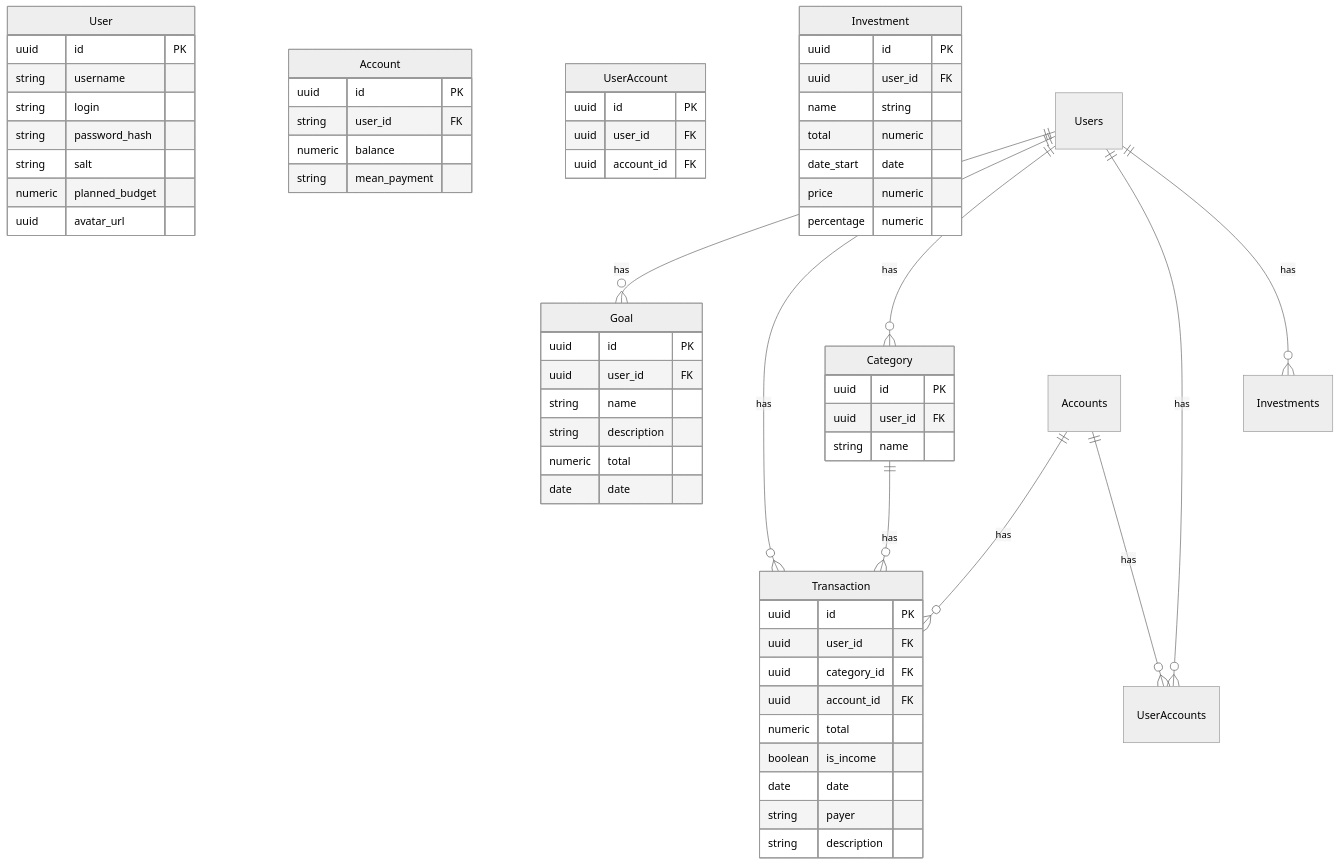
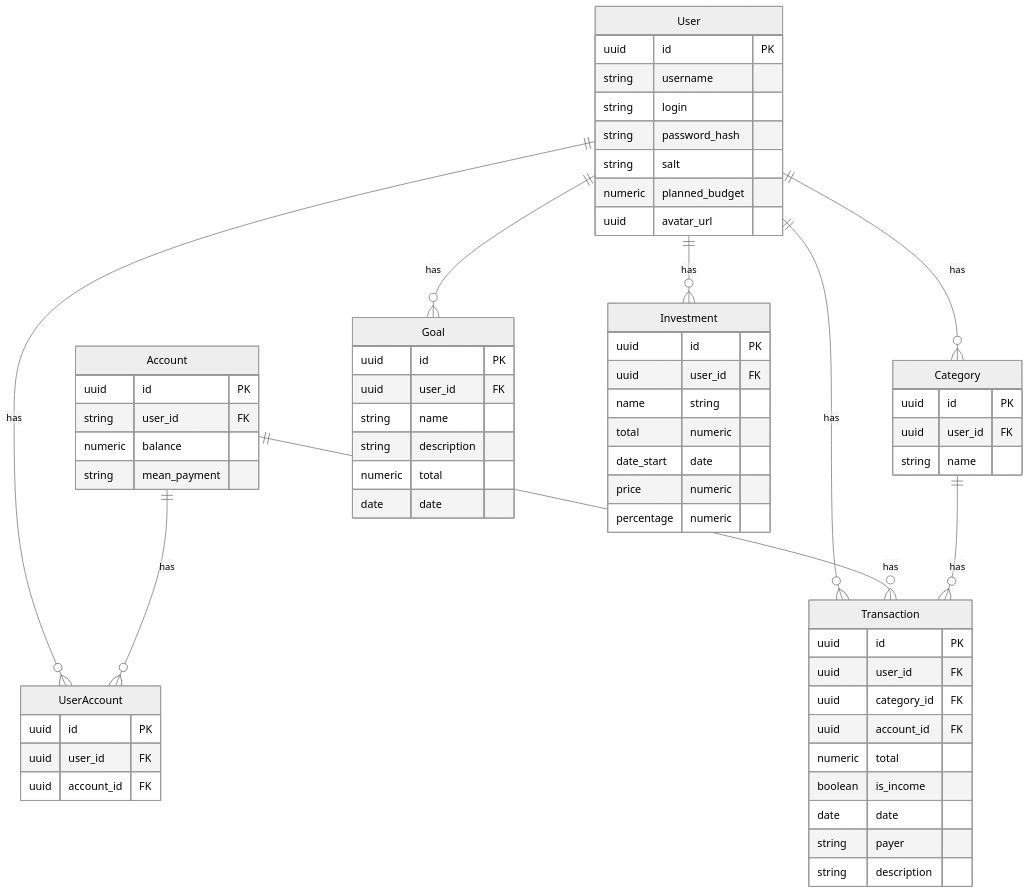
The diagram in db/normalized/relations.md (go-park-mail-ru/2023_2_Hamster), drawn with Mermaid (neutral theme) before and after one commit.

````diff
--- a/db/normalized/relations.md
+++ b/db/normalized/relations.md
@@ -30,67 +30,67 @@
 ```mermaid
 erDiagram
     User {
         uuid id PK
         string username
         string login
         string password_hash
         string salt
         numeric planned_budget
         uuid avatar_url
     }
     Account {
         uuid id PK
         string user_id FK
         numeric balance
         string mean_payment
     }
     Category {
         uuid id PK
         uuid user_id FK
         string name
     }
     Transaction {
         uuid id PK
         uuid user_id FK
         uuid category_id FK
         uuid account_id FK
         numeric total
         boolean is_income
         date date
         string payer
         string description
     }
     UserAccount {
         uuid id PK
         uuid user_id FK
         uuid account_id FK
     }
     Goal {
         uuid id PK
         uuid user_id FK
         string name
         string description
         numeric total
         date date
     }
     Investment {
         uuid id PK
         uuid user_id FK
         name string
         total numeric
         date_start date
         price numeric
         percentage numeric
     }
-    Users ||--o{ Investments : has
-    Users ||--o{ UserAccounts : has
-    Accounts ||--o{ UserAccounts : has
-    Users ||--o{ Category : has
-    Users ||--o{ Transaction : has
-    Accounts ||--o{ Transaction : has
+    User ||--o{ Investment : has
+    User ||--o{ UserAccount : has
+    Account ||--o{ UserAccount : has
+    User ||--o{ Category : has
+    User ||--o{ Transaction : has
+    Account ||--o{ Transaction : has
     Category ||--o{ Transaction : has
-    Users ||--o{ Goal : has
+    User ||--o{ Goal : has
 
     
     
 ```
````
